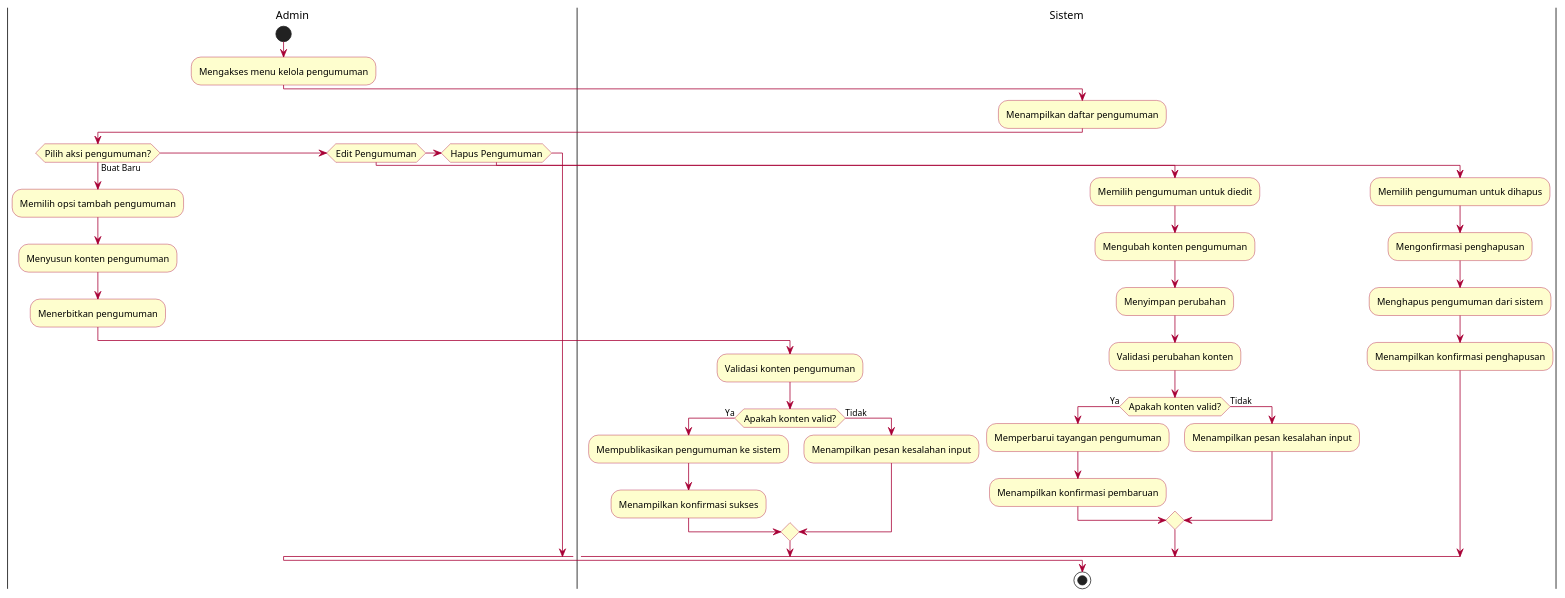
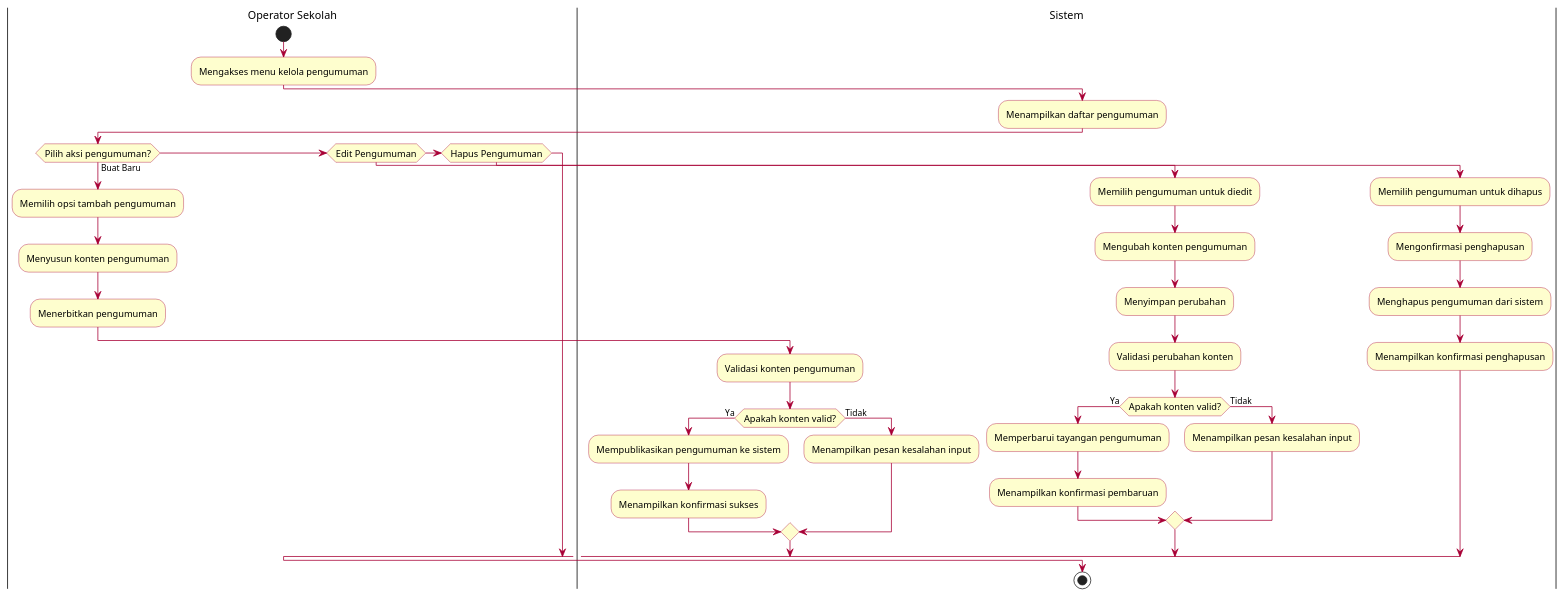
The diagram in docs/activity_diagram/revisi/kelola_pengumuman.puml (unfaejanXT/KP-SIPPDB-SMK), drawn with PlantUML before and after one commit. The commit also changed 44 other files, not shown here.

```diff
--- a/docs/activity_diagram/revisi/kelola_pengumuman.puml
+++ b/docs/activity_diagram/revisi/kelola_pengumuman.puml
@@ -1,56 +1,56 @@
 @startuml
 skinparam SwimlaneTitleFontSize 14
 skinparam SwimlaneBorderThickness 1
 skinparam ActivityBackgroundColor #FEFECE
 skinparam ActivityBorderColor #A80036
 skinparam ActivityFontSize 12
 skinparam ArrowColor #A80036
 skinparam Shadowing false
 
-|Admin|
+|Operator Sekolah|
 start
 :Mengakses menu kelola pengumuman;
 
 |Sistem|
 :Menampilkan daftar pengumuman;
 
-|Admin|
+|Operator Sekolah|
 if (Pilih aksi pengumuman?) then (Buat Baru)
     :Memilih opsi tambah pengumuman;
     :Menyusun konten pengumuman;
     :Menerbitkan pengumuman;
     
     |Sistem|
     :Validasi konten pengumuman;
     if (Apakah konten valid?) then (Ya)
         :Mempublikasikan pengumuman ke sistem;
         :Menampilkan konfirmasi sukses;
     else (Tidak)
         :Menampilkan pesan kesalahan input;
     endif
 
 elseif (Edit Pengumuman)
     :Memilih pengumuman untuk diedit;
     :Mengubah konten pengumuman;
     :Menyimpan perubahan;
     
     |Sistem|
     :Validasi perubahan konten;
     if (Apakah konten valid?) then (Ya)
         :Memperbarui tayangan pengumuman;
         :Menampilkan konfirmasi pembaruan;
     else (Tidak)
         :Menampilkan pesan kesalahan input;
     endif
 
 elseif (Hapus Pengumuman)
     :Memilih pengumuman untuk dihapus;
     :Mengonfirmasi penghapusan;
     
     |Sistem|
     :Menghapus pengumuman dari sistem;
     :Menampilkan konfirmasi penghapusan;
 endif
 
 stop
 @enduml
```
